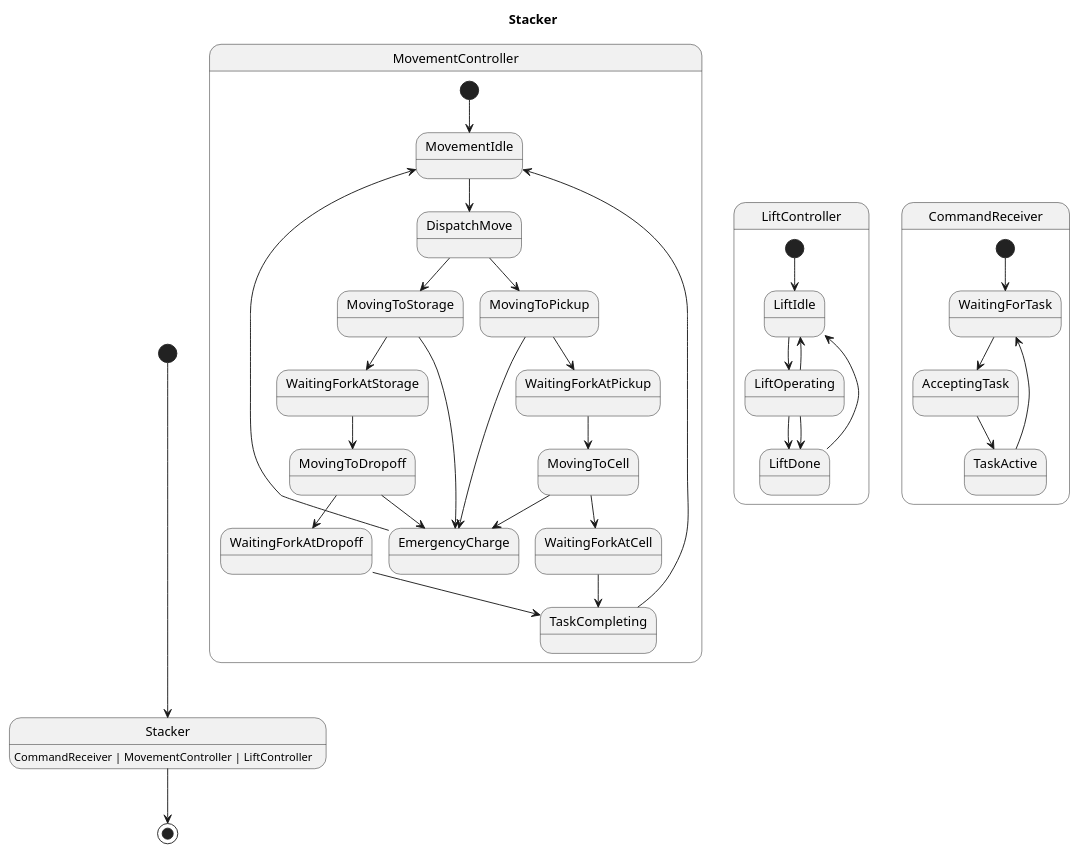
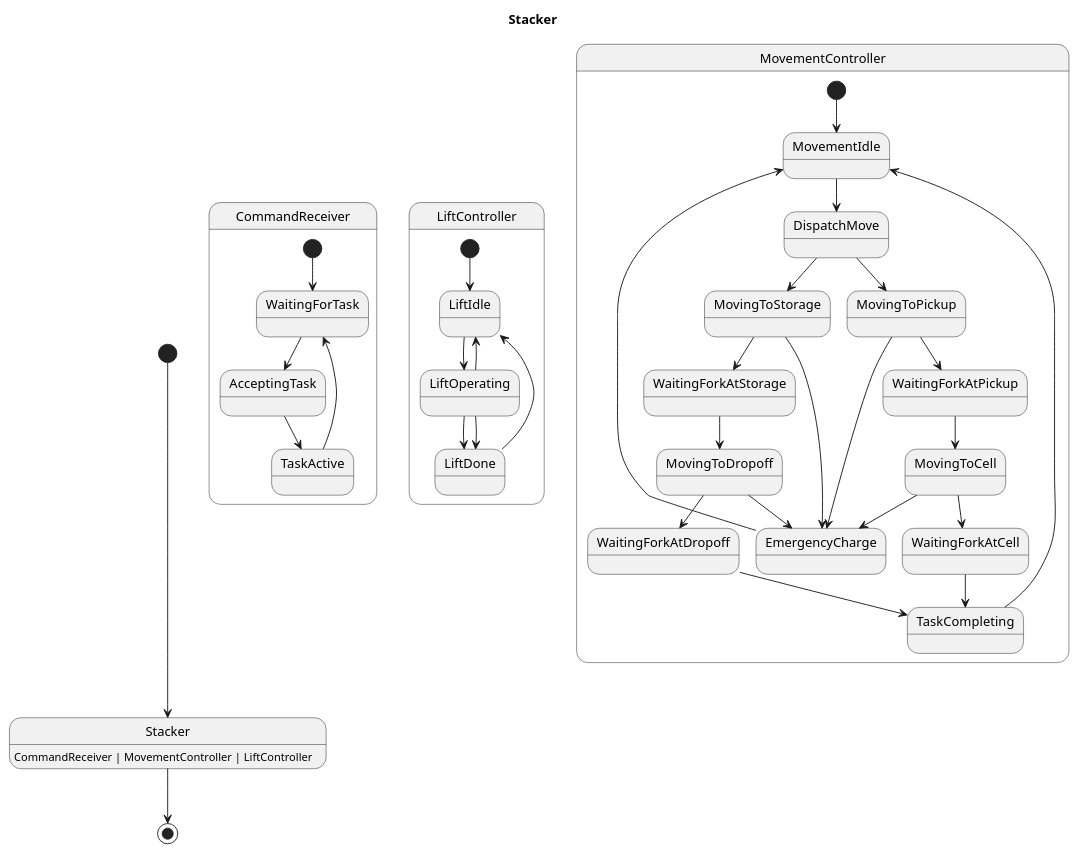
One commit to Pastor/Takt changed the diagram in examples/generated/plantuml/stacker.puml. Above: the diagram before and after it, drawn with PlantUML. The commit also changed other lines of this file and 8 other files, not shown here.

```diff
--- a/examples/generated/plantuml/stacker.puml
+++ b/examples/generated/plantuml/stacker.puml
@@ -1,45 +1,45 @@
 @startuml
 title Stacker
 
 [*] --> Stacker
 Stacker : CommandReceiver | MovementController | LiftController
 Stacker --> [*]
 
-state MovementController {
-    [*] --> MovementIdle
-    MovingToDropoff --> WaitingForkAtDropoff
-    MovingToDropoff --> EmergencyCharge
-    TaskCompleting --> MovementIdle
-    WaitingForkAtStorage --> MovingToDropoff
-    WaitingForkAtCell --> TaskCompleting
-    MovingToPickup --> WaitingForkAtPickup
-    MovingToPickup --> EmergencyCharge
-    DispatchMove --> MovingToPickup
-    DispatchMove --> MovingToStorage
-    MovingToCell --> WaitingForkAtCell
-    MovingToCell --> EmergencyCharge
-    MovingToStorage --> WaitingForkAtStorage
-    MovingToStorage --> EmergencyCharge
-    WaitingForkAtDropoff --> TaskCompleting
-    WaitingForkAtPickup --> MovingToCell
-    MovementIdle --> DispatchMove
-    EmergencyCharge --> MovementIdle
+state CommandReceiver {
+    [*] --> WaitingForTask
+    AcceptingTask --> TaskActive
+    WaitingForTask --> AcceptingTask
+    TaskActive --> WaitingForTask
 }
 
 state LiftController {
     [*] --> LiftIdle
     LiftOperating --> LiftDone
     LiftOperating --> LiftDone
     LiftOperating --> LiftIdle
     LiftIdle --> LiftOperating
     LiftDone --> LiftIdle
 }
 
-state CommandReceiver {
-    [*] --> WaitingForTask
-    AcceptingTask --> TaskActive
-    TaskActive --> WaitingForTask
-    WaitingForTask --> AcceptingTask
+state MovementController {
+    [*] --> MovementIdle
+    TaskCompleting --> MovementIdle
+    WaitingForkAtDropoff --> TaskCompleting
+    DispatchMove --> MovingToPickup
+    DispatchMove --> MovingToStorage
+    MovingToStorage --> WaitingForkAtStorage
+    MovingToStorage --> EmergencyCharge
+    WaitingForkAtPickup --> MovingToCell
+    MovingToCell --> WaitingForkAtCell
+    MovingToCell --> EmergencyCharge
+    WaitingForkAtCell --> TaskCompleting
+    MovingToDropoff --> WaitingForkAtDropoff
+    MovingToDropoff --> EmergencyCharge
+    EmergencyCharge --> MovementIdle
+    WaitingForkAtStorage --> MovingToDropoff
+    MovingToPickup --> WaitingForkAtPickup
+    MovingToPickup --> EmergencyCharge
+    MovementIdle --> DispatchMove
 }
 
 @enduml
```
